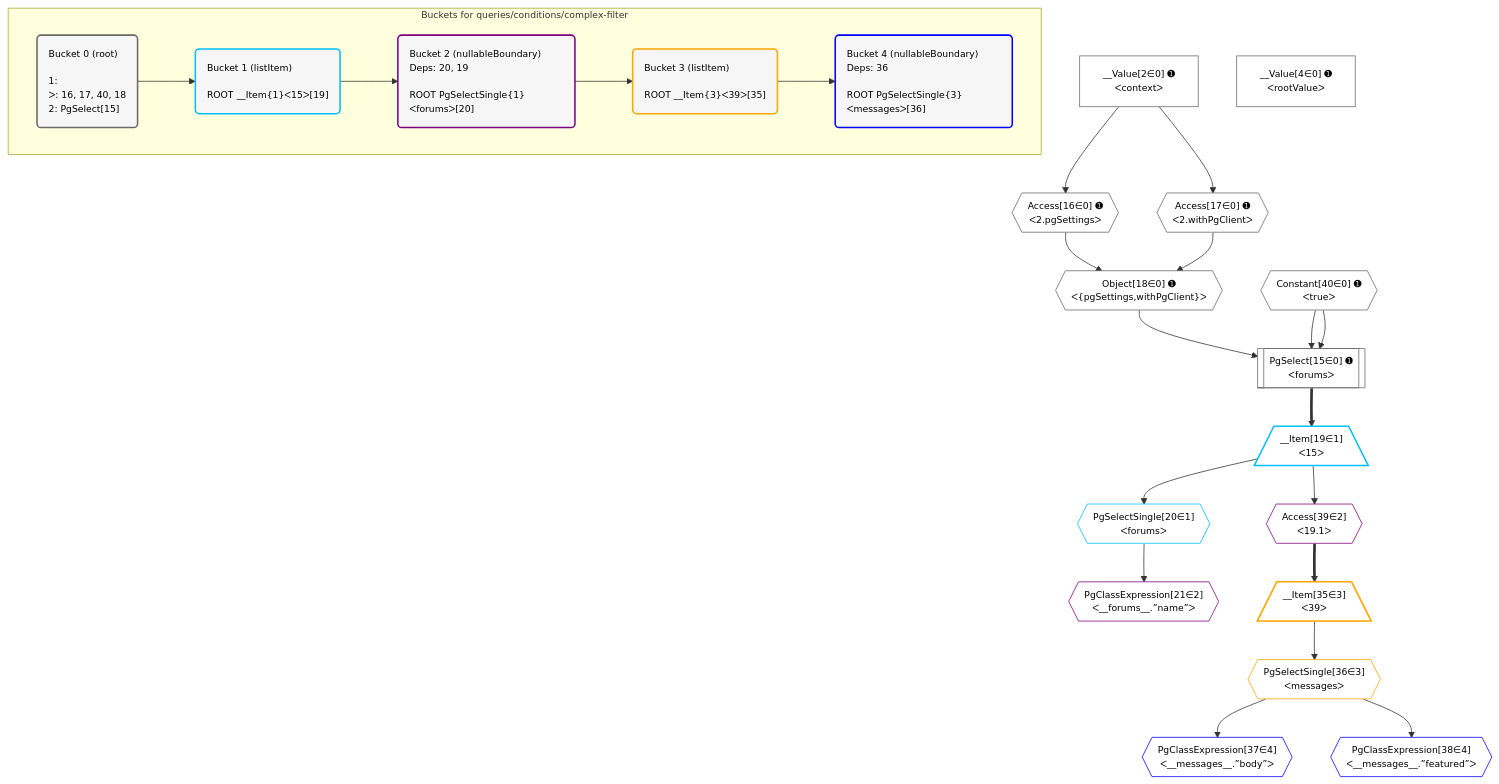
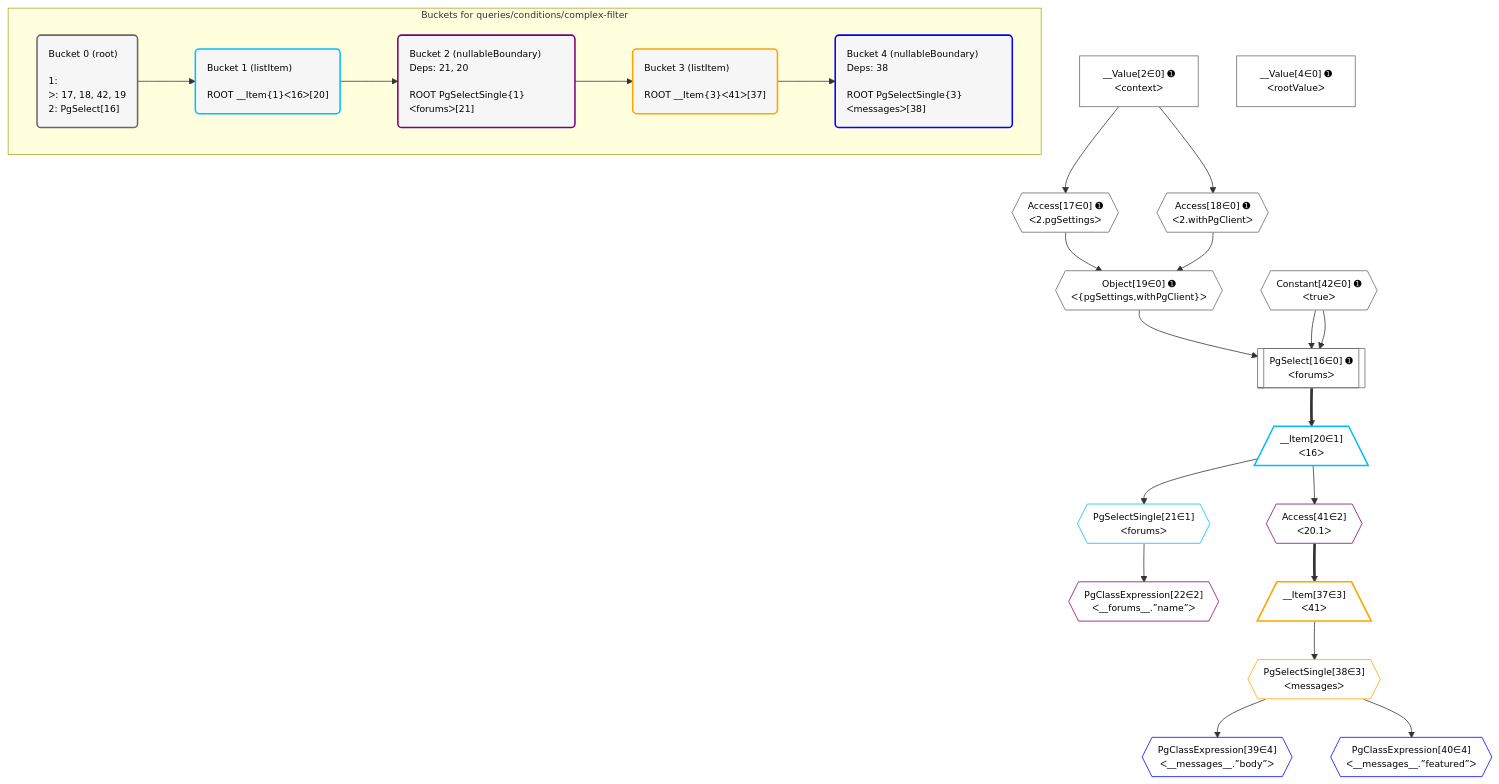
Before and after one commit to graphile/crystal: the diagram in grafast/dataplan-pg/__tests__/queries/conditions/complex-filter.mermaid, drawn with Mermaid. The commit also changed 9 other files, not shown here.

```diff
--- a/grafast/dataplan-pg/__tests__/queries/conditions/complex-filter.mermaid
+++ b/grafast/dataplan-pg/__tests__/queries/conditions/complex-filter.mermaid
@@ -1,62 +1,62 @@
 %%{init: {'themeVariables': { 'fontSize': '12px'}}}%%
 graph TD
     classDef path fill:#eee,stroke:#000,color:#000
     classDef plan fill:#fff,stroke-width:1px,color:#000
     classDef itemplan fill:#fff,stroke-width:2px,color:#000
     classDef unbatchedplan fill:#dff,stroke-width:1px,color:#000
     classDef sideeffectplan fill:#fcc,stroke-width:2px,color:#000
     classDef bucket fill:#f6f6f6,color:#000,stroke-width:2px,text-align:left
 
 
     %% plan dependencies
-    PgSelect15[["PgSelect[15∈0] ➊<br />ᐸforumsᐳ"]]:::plan
-    Object18{{"Object[18∈0] ➊<br />ᐸ{pgSettings,withPgClient}ᐳ"}}:::plan
-    Constant40{{"Constant[40∈0] ➊<br />ᐸtrueᐳ"}}:::plan
-    Object18 & Constant40 & Constant40 --> PgSelect15
-    Access16{{"Access[16∈0] ➊<br />ᐸ2.pgSettingsᐳ"}}:::plan
-    Access17{{"Access[17∈0] ➊<br />ᐸ2.withPgClientᐳ"}}:::plan
-    Access16 & Access17 --> Object18
+    PgSelect16[["PgSelect[16∈0] ➊<br />ᐸforumsᐳ"]]:::plan
+    Object19{{"Object[19∈0] ➊<br />ᐸ{pgSettings,withPgClient}ᐳ"}}:::plan
+    Constant42{{"Constant[42∈0] ➊<br />ᐸtrueᐳ"}}:::plan
+    Object19 & Constant42 & Constant42 --> PgSelect16
+    Access17{{"Access[17∈0] ➊<br />ᐸ2.pgSettingsᐳ"}}:::plan
+    Access18{{"Access[18∈0] ➊<br />ᐸ2.withPgClientᐳ"}}:::plan
+    Access17 & Access18 --> Object19
     __Value2["__Value[2∈0] ➊<br />ᐸcontextᐳ"]:::plan
-    __Value2 --> Access16
     __Value2 --> Access17
+    __Value2 --> Access18
     __Value4["__Value[4∈0] ➊<br />ᐸrootValueᐳ"]:::plan
-    __Item19[/"__Item[19∈1]<br />ᐸ15ᐳ"\]:::itemplan
-    PgSelect15 ==> __Item19
-    PgSelectSingle20{{"PgSelectSingle[20∈1]<br />ᐸforumsᐳ"}}:::plan
-    __Item19 --> PgSelectSingle20
-    PgClassExpression21{{"PgClassExpression[21∈2]<br />ᐸ__forums__.”name”ᐳ"}}:::plan
-    PgSelectSingle20 --> PgClassExpression21
-    Access39{{"Access[39∈2]<br />ᐸ19.1ᐳ"}}:::plan
-    __Item19 --> Access39
-    __Item35[/"__Item[35∈3]<br />ᐸ39ᐳ"\]:::itemplan
-    Access39 ==> __Item35
-    PgSelectSingle36{{"PgSelectSingle[36∈3]<br />ᐸmessagesᐳ"}}:::plan
-    __Item35 --> PgSelectSingle36
-    PgClassExpression37{{"PgClassExpression[37∈4]<br />ᐸ__messages__.”body”ᐳ"}}:::plan
-    PgSelectSingle36 --> PgClassExpression37
-    PgClassExpression38{{"PgClassExpression[38∈4]<br />ᐸ__messages__.”featured”ᐳ"}}:::plan
-    PgSelectSingle36 --> PgClassExpression38
+    __Item20[/"__Item[20∈1]<br />ᐸ16ᐳ"\]:::itemplan
+    PgSelect16 ==> __Item20
+    PgSelectSingle21{{"PgSelectSingle[21∈1]<br />ᐸforumsᐳ"}}:::plan
+    __Item20 --> PgSelectSingle21
+    PgClassExpression22{{"PgClassExpression[22∈2]<br />ᐸ__forums__.”name”ᐳ"}}:::plan
+    PgSelectSingle21 --> PgClassExpression22
+    Access41{{"Access[41∈2]<br />ᐸ20.1ᐳ"}}:::plan
+    __Item20 --> Access41
+    __Item37[/"__Item[37∈3]<br />ᐸ41ᐳ"\]:::itemplan
+    Access41 ==> __Item37
+    PgSelectSingle38{{"PgSelectSingle[38∈3]<br />ᐸmessagesᐳ"}}:::plan
+    __Item37 --> PgSelectSingle38
+    PgClassExpression39{{"PgClassExpression[39∈4]<br />ᐸ__messages__.”body”ᐳ"}}:::plan
+    PgSelectSingle38 --> PgClassExpression39
+    PgClassExpression40{{"PgClassExpression[40∈4]<br />ᐸ__messages__.”featured”ᐳ"}}:::plan
+    PgSelectSingle38 --> PgClassExpression40
 
     %% define steps
 
     subgraph "Buckets for queries/conditions/complex-filter"
-    Bucket0("Bucket 0 (root)<br /><br />1: <br />ᐳ: 16, 17, 40, 18<br />2: PgSelect[15]"):::bucket
+    Bucket0("Bucket 0 (root)<br /><br />1: <br />ᐳ: 17, 18, 42, 19<br />2: PgSelect[16]"):::bucket
     classDef bucket0 stroke:#696969
-    class Bucket0,__Value2,__Value4,PgSelect15,Access16,Access17,Object18,Constant40 bucket0
-    Bucket1("Bucket 1 (listItem)<br /><br />ROOT __Item{1}ᐸ15ᐳ[19]"):::bucket
+    class Bucket0,__Value2,__Value4,PgSelect16,Access17,Access18,Object19,Constant42 bucket0
+    Bucket1("Bucket 1 (listItem)<br /><br />ROOT __Item{1}ᐸ16ᐳ[20]"):::bucket
     classDef bucket1 stroke:#00bfff
-    class Bucket1,__Item19,PgSelectSingle20 bucket1
-    Bucket2("Bucket 2 (nullableBoundary)<br />Deps: 20, 19<br /><br />ROOT PgSelectSingle{1}ᐸforumsᐳ[20]"):::bucket
+    class Bucket1,__Item20,PgSelectSingle21 bucket1
+    Bucket2("Bucket 2 (nullableBoundary)<br />Deps: 21, 20<br /><br />ROOT PgSelectSingle{1}ᐸforumsᐳ[21]"):::bucket
     classDef bucket2 stroke:#7f007f
-    class Bucket2,PgClassExpression21,Access39 bucket2
-    Bucket3("Bucket 3 (listItem)<br /><br />ROOT __Item{3}ᐸ39ᐳ[35]"):::bucket
+    class Bucket2,PgClassExpression22,Access41 bucket2
+    Bucket3("Bucket 3 (listItem)<br /><br />ROOT __Item{3}ᐸ41ᐳ[37]"):::bucket
     classDef bucket3 stroke:#ffa500
-    class Bucket3,__Item35,PgSelectSingle36 bucket3
-    Bucket4("Bucket 4 (nullableBoundary)<br />Deps: 36<br /><br />ROOT PgSelectSingle{3}ᐸmessagesᐳ[36]"):::bucket
+    class Bucket3,__Item37,PgSelectSingle38 bucket3
+    Bucket4("Bucket 4 (nullableBoundary)<br />Deps: 38<br /><br />ROOT PgSelectSingle{3}ᐸmessagesᐳ[38]"):::bucket
     classDef bucket4 stroke:#0000ff
-    class Bucket4,PgClassExpression37,PgClassExpression38 bucket4
+    class Bucket4,PgClassExpression39,PgClassExpression40 bucket4
     Bucket0 --> Bucket1
     Bucket1 --> Bucket2
     Bucket2 --> Bucket3
     Bucket3 --> Bucket4
     end
```
